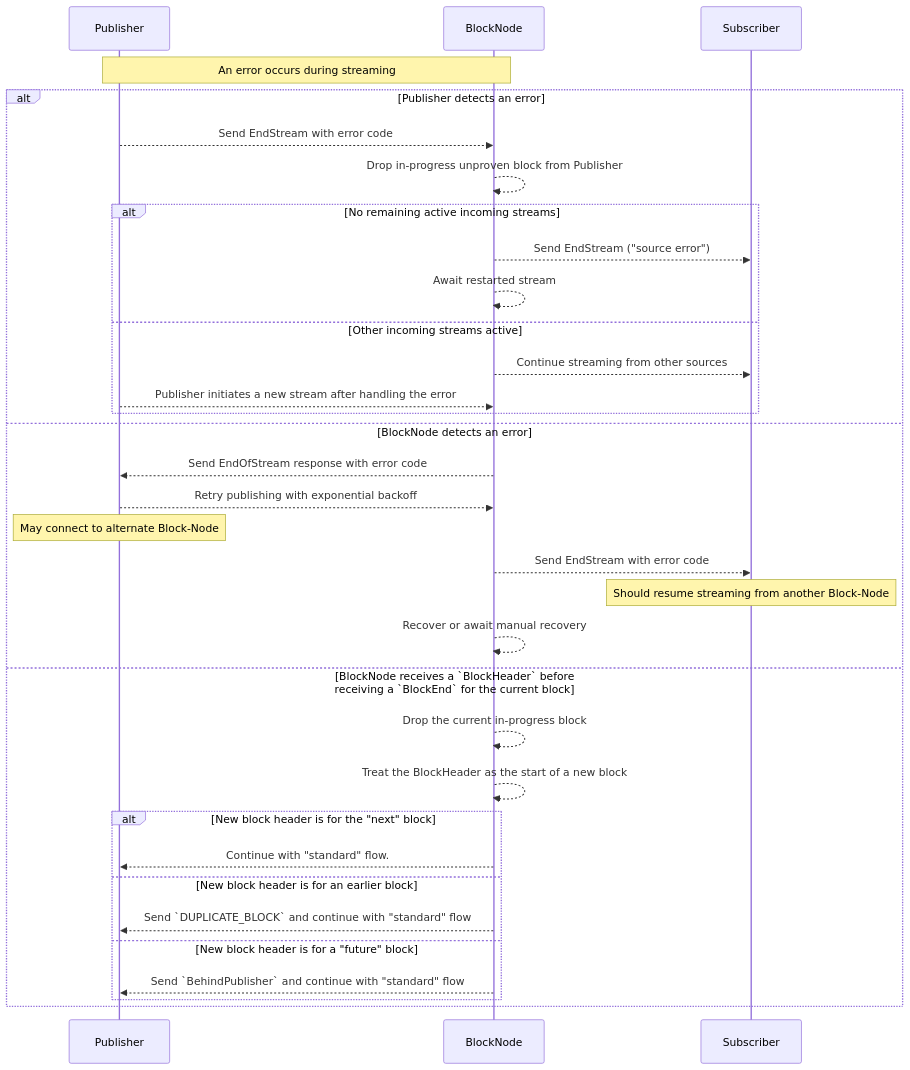
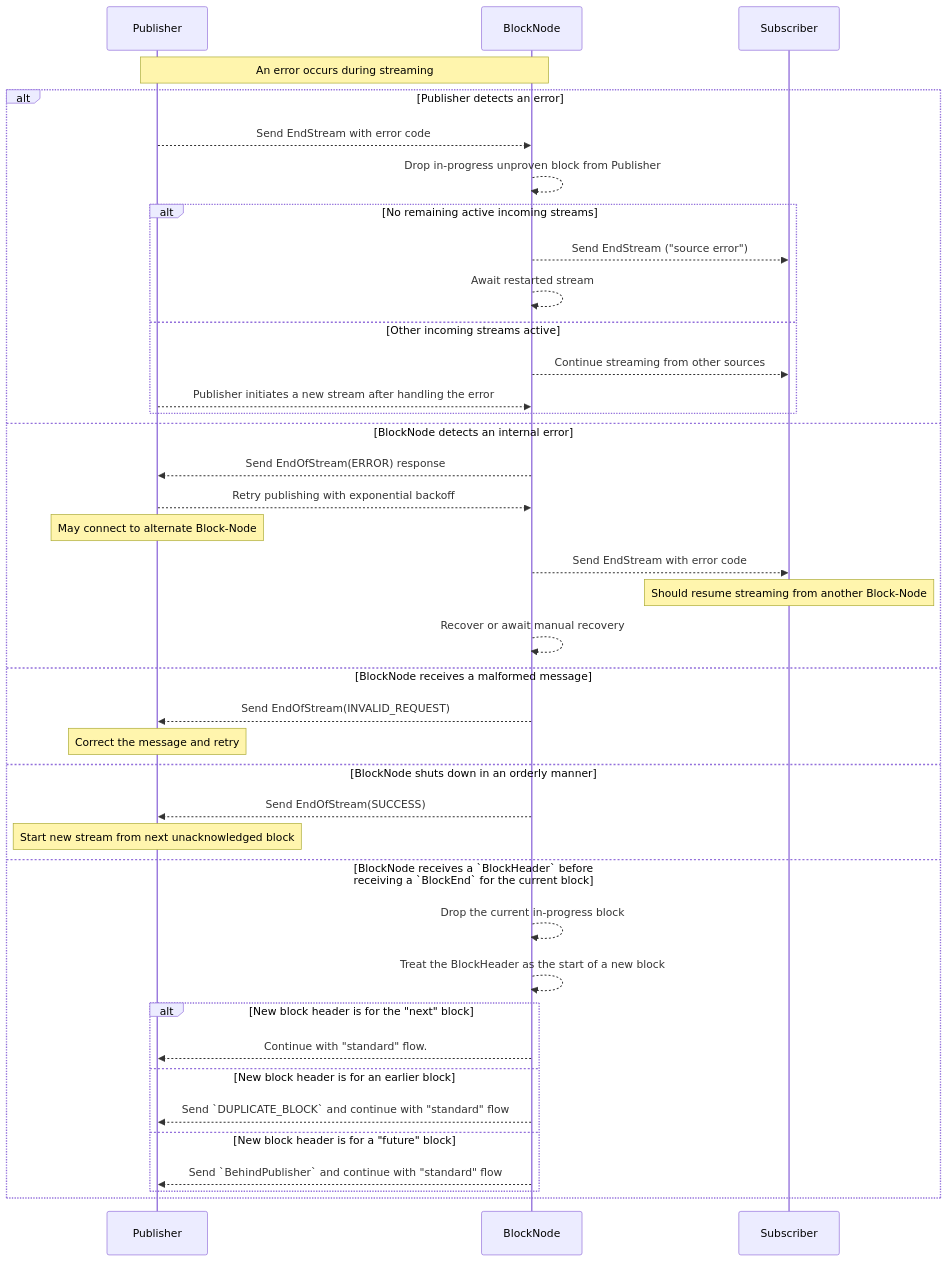
One commit to hiero-ledger/hiero-block-node changed the fourth of 4 diagrams in docs/design/communication-protocol/publish-block-stream.md. Above: the diagram before and after it, drawn with Mermaid. The commit also changed other lines of this file, not shown here.

Commit message:
Add publisher design docs response expansion

````diff
--- a/docs/design/communication-protocol/publish-block-stream.md
+++ b/docs/design/communication-protocol/publish-block-stream.md
@@ -378,37 +423,43 @@
 ```mermaid
 sequenceDiagram
     participant Publisher
     participant BlockNode
     participant Subscriber
 
     Note over Publisher,BlockNode: An error occurs during streaming
 
     alt Publisher detects an error
         Publisher-->>BlockNode: Send EndStream with error code
         BlockNode-->>BlockNode: Drop in-progress unproven block from Publisher
         alt No remaining active incoming streams
             BlockNode-->>Subscriber: Send EndStream ("source error")
             BlockNode-->>BlockNode: Await restarted stream
         else Other incoming streams active
             BlockNode-->>Subscriber: Continue streaming from other sources
             Publisher-->>BlockNode: Publisher initiates a new stream after handling the error
         end
-    else BlockNode detects an error
-        BlockNode-->>Publisher: Send EndOfStream response with error code
+    else BlockNode detects an internal error
+        BlockNode-->>Publisher: Send EndOfStream(ERROR) response
         Publisher-->>BlockNode: Retry publishing with exponential backoff
         Note over Publisher: May connect to alternate Block-Node
         BlockNode-->>Subscriber: Send EndStream with error code
         Note over Subscriber: Should resume streaming from another Block-Node
         BlockNode-->>BlockNode: Recover or await manual recovery
+    else BlockNode receives a malformed message
+        BlockNode-->>Publisher: Send EndOfStream(INVALID_REQUEST)
+        Note over Publisher: Correct the message and retry
+    else BlockNode shuts down in an orderly manner
+        BlockNode-->>Publisher: Send EndOfStream(SUCCESS)
+        Note over Publisher: Start new stream from next unacknowledged block
     else BlockNode receives a `BlockHeader` before<br/>receiving a `BlockEnd` for the current block
         BlockNode-->>BlockNode: Drop the current in-progress block
         BlockNode-->>BlockNode: Treat the BlockHeader as the start of a new block
         alt New block header is for the "next" block
             BlockNode-->>Publisher: Continue with "standard" flow.
         else New block header is for an earlier block
             BlockNode-->>Publisher: Send `DUPLICATE_BLOCK` and continue with "standard" flow
         else New block header is for a "future" block
             BlockNode-->>Publisher: Send `BehindPublisher` and continue with "standard" flow
         end
     end
 ```
````
